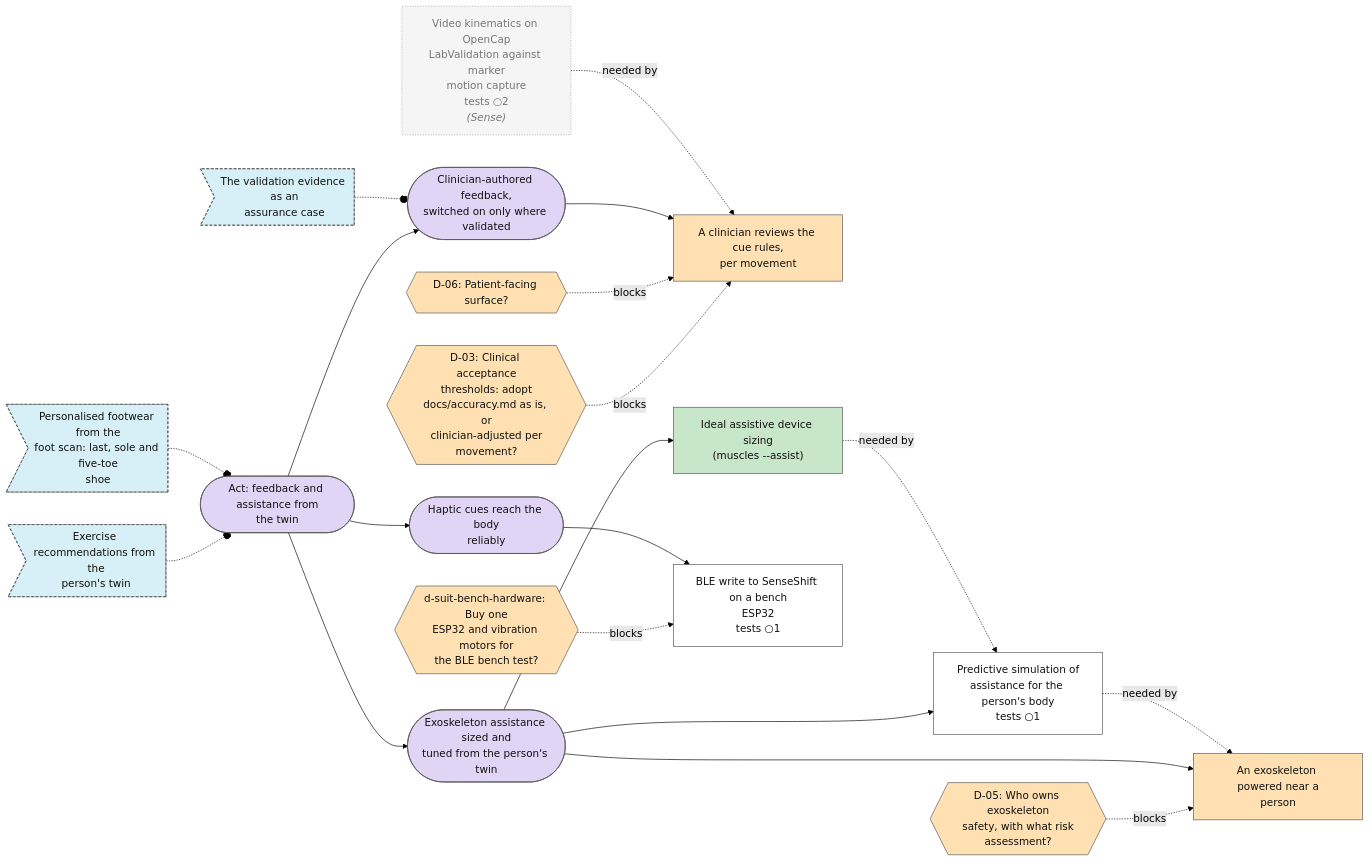
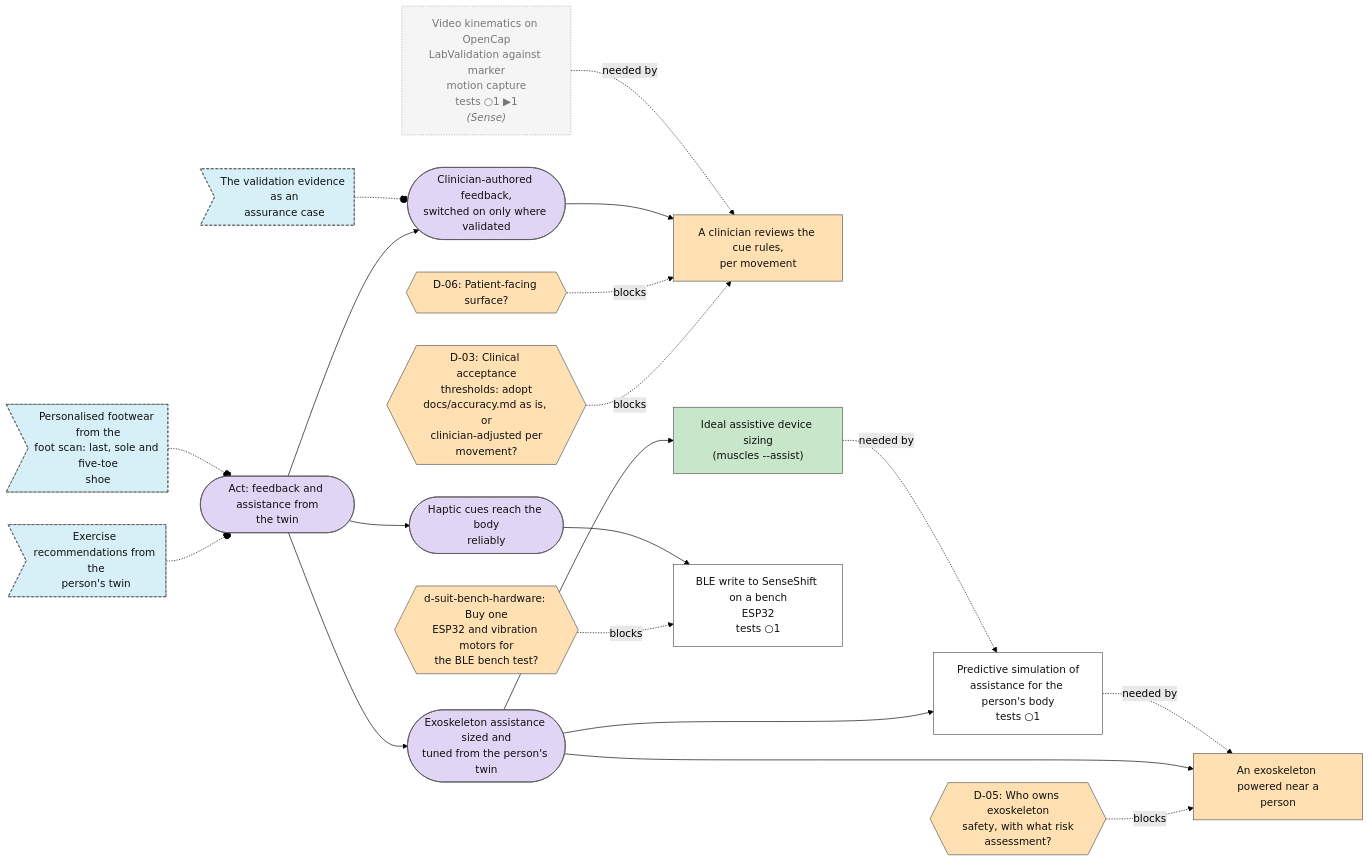
The sixth of 7 diagrams in plan/MAP.md (Sigurius23/Rehab-agent), drawn with Mermaid (forest theme) before and after one commit. The commit also changed other lines of this file and 2 other files, not shown here.

First line of the commit message:
Plan: video-benchmark pilot paused at its alignment check

````diff
--- a/plan/MAP.md
+++ b/plan/MAP.md
@@ -358,57 +358,57 @@
 ```mermaid
 flowchart LR
   n0{{"D-03: Clinical acceptance<br/>thresholds: adopt<br/>docs/accuracy.md as is, or<br/>clinician-adjusted per<br/>movement?"}}:::decision_open
   n1{{"D-05: Who owns exoskeleton<br/>safety, with what risk<br/>assessment?"}}:::decision_open
   n2{{"D-06: Patient-facing surface?"}}:::decision_open
   n3["A clinician reviews the cue rules,<br/>per movement"]:::step_blocked
   n4{{"d-suit-bench-hardware: Buy one<br/>ESP32 and vibration motors for<br/>the BLE bench test?"}}:::decision_open
   n5["Predictive simulation of<br/>assistance for the person's body<br/>tests ○1"]:::step_open
   n6["An exoskeleton powered near a<br/>person"]:::step_blocked
   n7["Ideal assistive device sizing<br/>(muscles --assist)"]:::step_done
   n8(["Clinician-authored feedback,<br/>switched on only where validated"]):::goal_open
   n9(["Exoskeleton assistance sized and<br/>tuned from the person's twin"]):::goal_open
   n10(["Haptic cues reach the body<br/>reliably"]):::goal_open
   n11>"The validation evidence as an<br/>assurance case"]:::idea_new
   n12>"Exercise recommendations from the<br/>person's twin"]:::idea_new
   n13>"Personalised footwear from the<br/>foot scan: last, sole and five-toe<br/>shoe"]:::idea_new
   n14(["Act: feedback and assistance from<br/>the twin"]):::goal_open
   n15["BLE write to SenseShift on a bench<br/>ESP32<br/>tests ○1"]:::step_open
-  n16["Video kinematics on OpenCap<br/>LabValidation against marker<br/>motion capture<br/>tests ○2<br/><i>(Sense)</i>"]:::external
+  n16["Video kinematics on OpenCap<br/>LabValidation against marker<br/>motion capture<br/>tests ○1 ▶1<br/><i>(Sense)</i>"]:::external
   n0 -. blocks .-> n3
   n1 -. blocks .-> n6
   n2 -. blocks .-> n3
   n8 --> n3
   n16 -. needed by .-> n3
   n4 -. blocks .-> n15
   n9 --> n5
   n7 -. needed by .-> n5
   n9 --> n6
   n5 -. needed by .-> n6
   n9 --> n7
   n14 --> n8
   n14 --> n9
   n14 --> n10
   n11 -.-o n8
   n12 -.-o n14
   n13 -.-o n14
   n10 --> n15
   classDef goal_open fill:#e1d5f5,stroke:#555,color:#111
   classDef goal_done fill:#c8e6c9,stroke:#555,color:#111
   classDef step_open fill:#ffffff,stroke:#555,color:#111
   classDef step_doing fill:#fff3c4,stroke:#555,color:#111
   classDef step_done fill:#c8e6c9,stroke:#555,color:#111
   classDef step_blocked fill:#ffe0b2,stroke:#555,color:#111
   classDef step_dropped fill:#eeeeee,stroke:#555,color:#111
   classDef test_planned fill:#ffffff,stroke:#555,color:#111
   classDef test_running fill:#fff3c4,stroke:#555,color:#111
   classDef test_passed fill:#c8e6c9,stroke:#555,color:#111
   classDef test_failed fill:#ffcdd2,stroke:#555,color:#111
   classDef test_mixed fill:#fff3c4,stroke:#555,color:#111
   classDef test_dropped fill:#eeeeee,stroke:#555,color:#111
   classDef idea_new fill:#d7f0f7,stroke:#555,color:#111,stroke-dasharray: 4 3
   classDef idea_promoted fill:#eeeeee,stroke:#555,color:#111,stroke-dasharray: 4 3
   classDef idea_dropped fill:#eeeeee,stroke:#555,color:#111,stroke-dasharray: 4 3
   classDef decision_open fill:#ffe0b2,stroke:#555,color:#111
   classDef decision_decided fill:#ffe0b2,stroke:#555,color:#111
   classDef external fill:#f5f5f5,stroke:#aaa,color:#777,stroke-dasharray: 2 2
 ```
````
